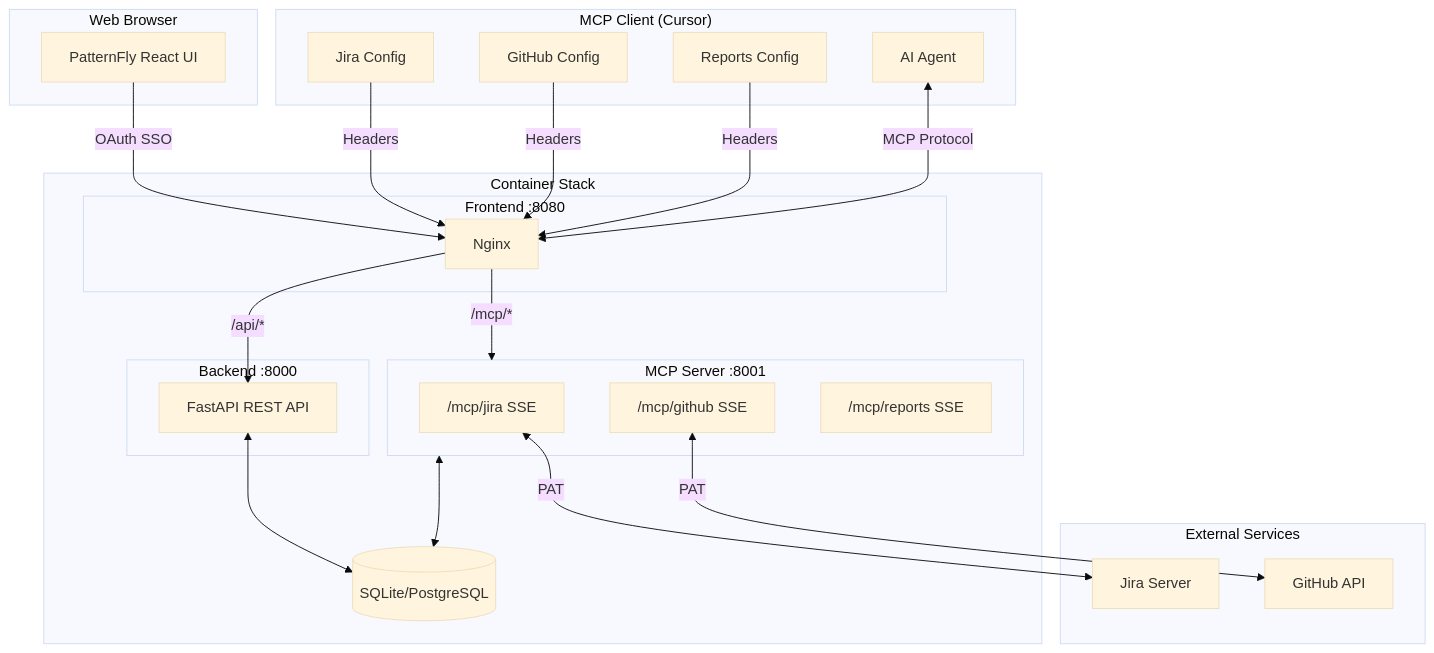
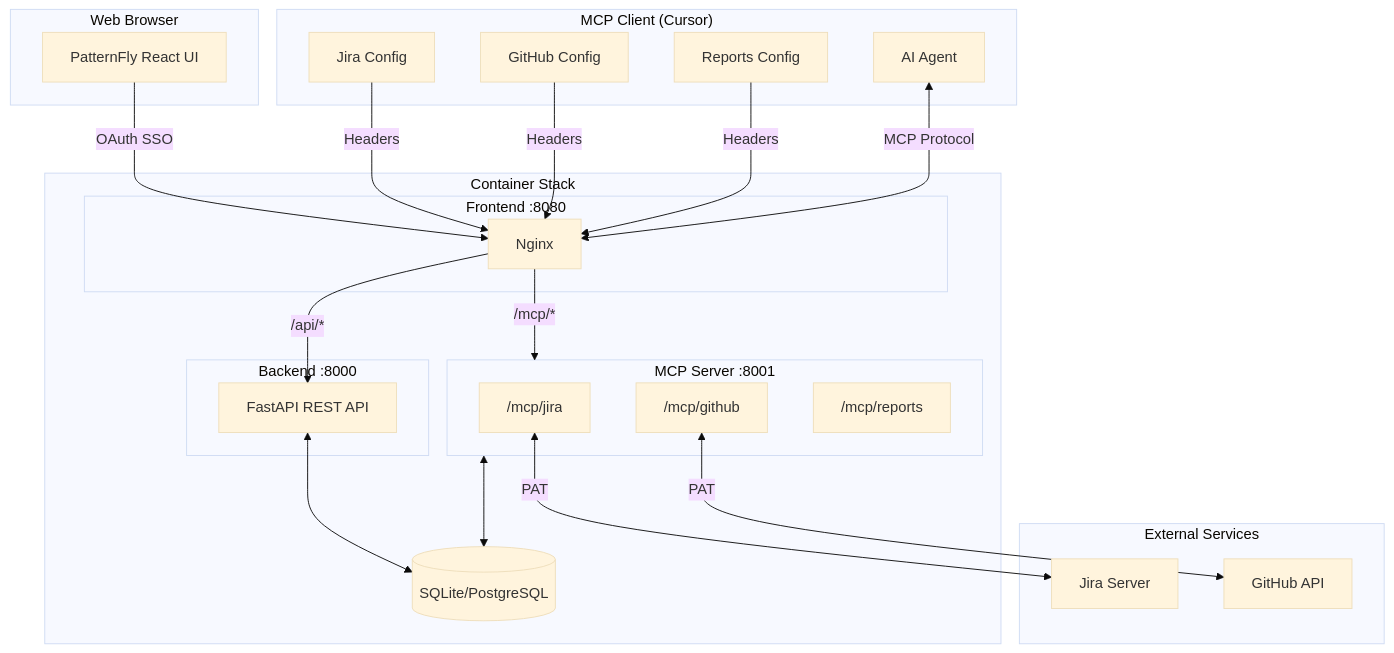
One commit to nemerna/ghost changed the first of 2 diagrams in docs/architecture.md. Above: the diagram before and after it, drawn with Mermaid (base theme). The commit also changed other lines of this file and 8 other files, not shown here.

First line of the commit message:
feat: migrate MCP transport from SSE to Streamable HTTP

````diff
--- a/docs/architecture.md
+++ b/docs/architecture.md
@@ -9,47 +9,47 @@
 ```mermaid
 flowchart TB
     subgraph Client["MCP Client (Cursor)"]
         IDE[AI Agent]
         JiraConfig["Jira Config"]
         GitHubConfig["GitHub Config"]
         ReportsConfig["Reports Config"]
     end
 
     subgraph Browser["Web Browser"]
         WebUI[PatternFly React UI]
     end
 
     subgraph Containers["Container Stack"]
         subgraph Frontend["Frontend :8080"]
             Nginx[Nginx]
         end
         subgraph Backend["Backend :8000"]
             FastAPI[FastAPI REST API]
         end
         subgraph MCP["MCP Server :8001"]
-            JiraSSE["/mcp/jira SSE"]
-            GitHubSSE["/mcp/github SSE"]
-            ReportsSSE["/mcp/reports SSE"]
+            JiraHTTP["/mcp/jira"]
+            GitHubHTTP["/mcp/github"]
+            ReportsHTTP["/mcp/reports"]
         end
         DB[(SQLite/PostgreSQL)]
     end
 
     subgraph External["External Services"]
         Jira[Jira Server]
         GitHub[GitHub API]
     end
 
     WebUI -->|OAuth SSO| Nginx
     Nginx -->|"/api/*"| FastAPI
     Nginx -->|"/mcp/*"| MCP
     FastAPI <--> DB
     MCP <--> DB
 
     JiraConfig -->|Headers| Nginx
     GitHubConfig -->|Headers| Nginx
     ReportsConfig -->|Headers| Nginx
     IDE <-->|MCP Protocol| Nginx
 
-    JiraSSE <-->|PAT| Jira
-    GitHubSSE <-->|PAT| GitHub
+    JiraHTTP <-->|PAT| Jira
+    GitHubHTTP <-->|PAT| GitHub
 ```
````
